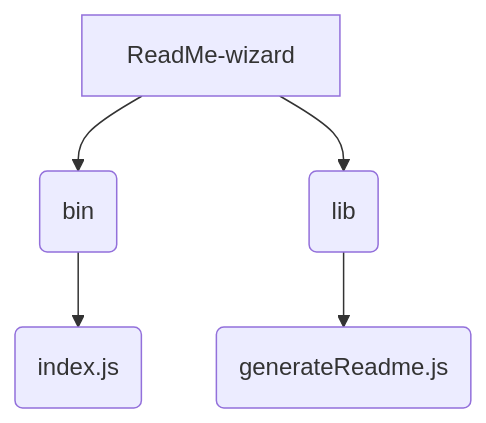
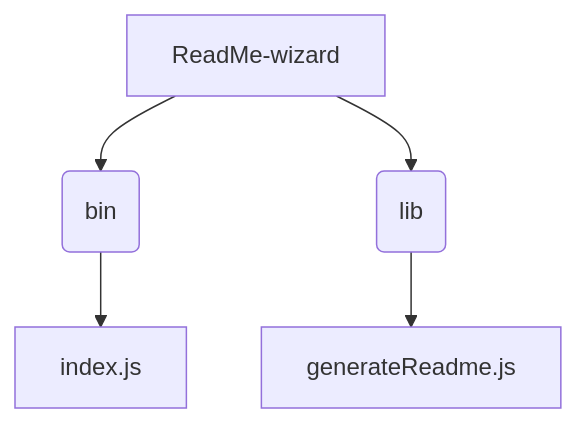
Before and after one commit to PIYUSH1SAINI/ReadMe-wiz: the second of 2 diagrams in README.md, drawn with Mermaid. The commit also changed other lines of this file and 1 other file, not shown here.

Commit message:
Updated custom badge url - generateReadme

````diff
--- a/README.md
+++ b/README.md
@@ -25,8 +23,7 @@
 ```mermaid
 graph TD
     A[ReadMe-wizard] --> B(bin);
-    B --> C(index.js);
-    A --> D(lib);
-    D --> E(generateReadme.js);
-
+    A --> C(lib);
+    B --> D[index.js];
+    C --> E[generateReadme.js];
 ```
````
